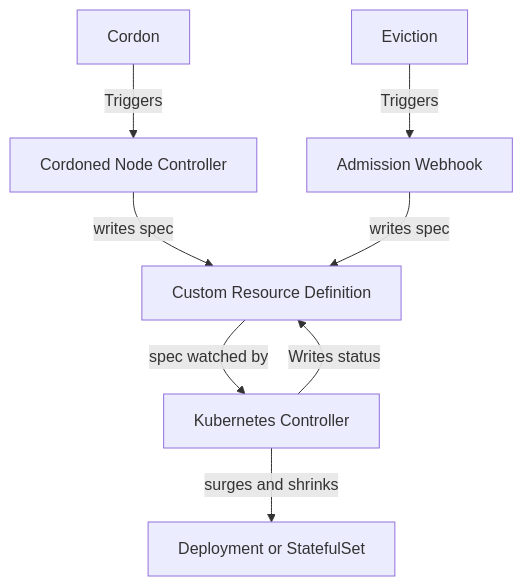
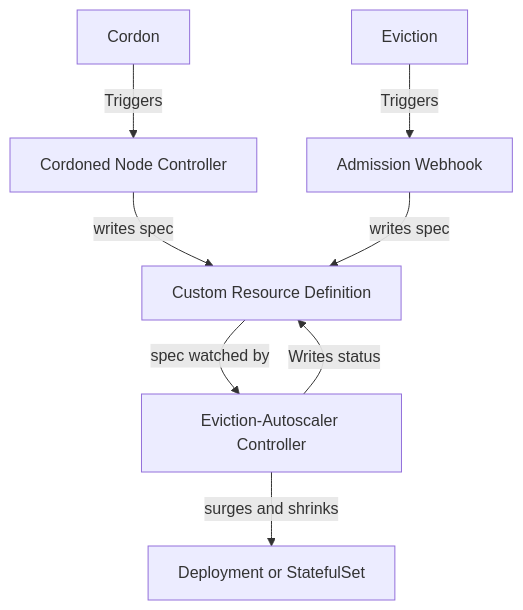
Before and after one commit to Azure/eviction-autoscaler: the diagram in README.md, drawn with Mermaid. The commit also changed other lines of this file and 1 other file, not shown here.

````diff
--- a/README.md
+++ b/README.md
@@ -42,18 +39,18 @@
 ```mermaid
 graph TD;
     Cordon[Cordon]
     NodeController[Cordoned Node Controller]
     Eviction[Eviction]
     Webhook[Admission Webhook]
     CRD[Custom Resource Definition]
-    Controller[Kubernetes Controller]
+    Controller[Eviction-Autoscaler Controller]
     Deployment[Deployment or StatefulSet]
 
     Cordon -->|Triggers| NodeController
     NodeController -->|writes spec| CRD
     Eviction -->|Triggers| Webhook
     Webhook -->|writes spec| CRD 
     CRD -->|spec watched by| Controller
     Controller -->|surges and shrinks| Deployment
     Controller -->|Writes status| CRD
 ```
````
